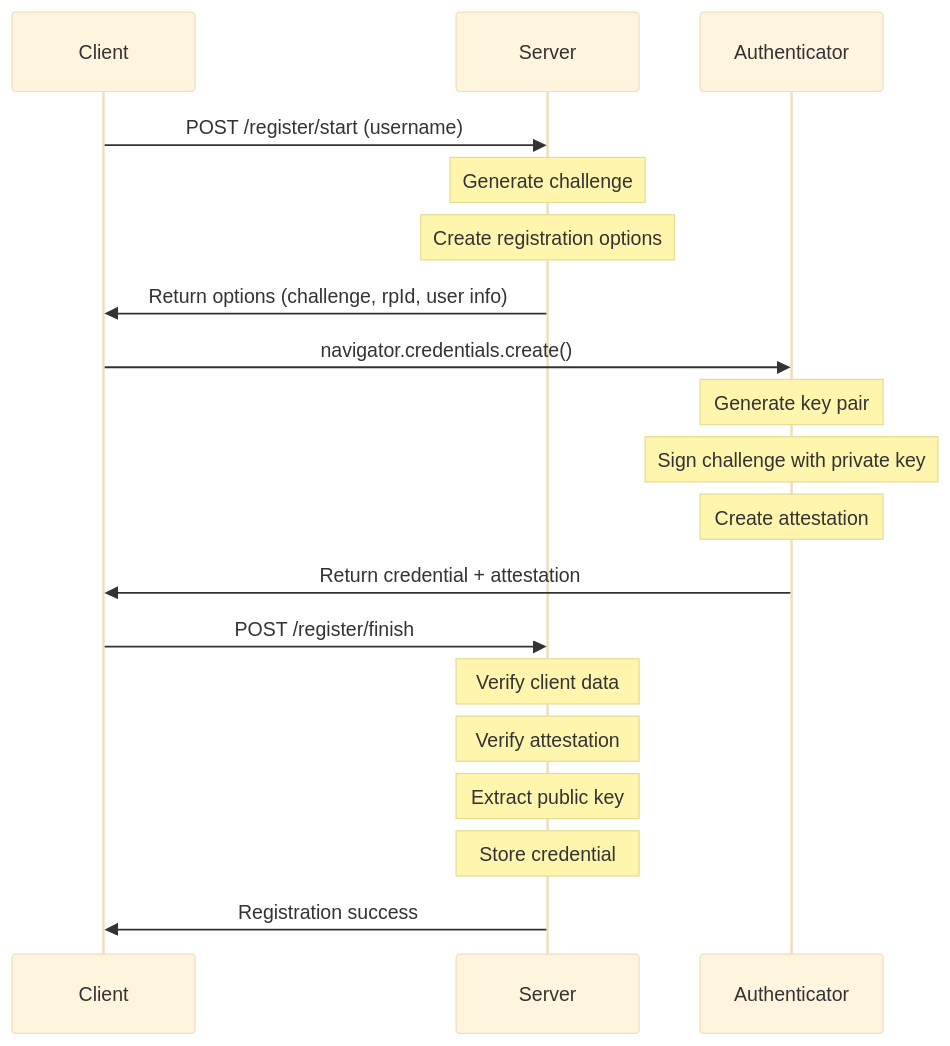
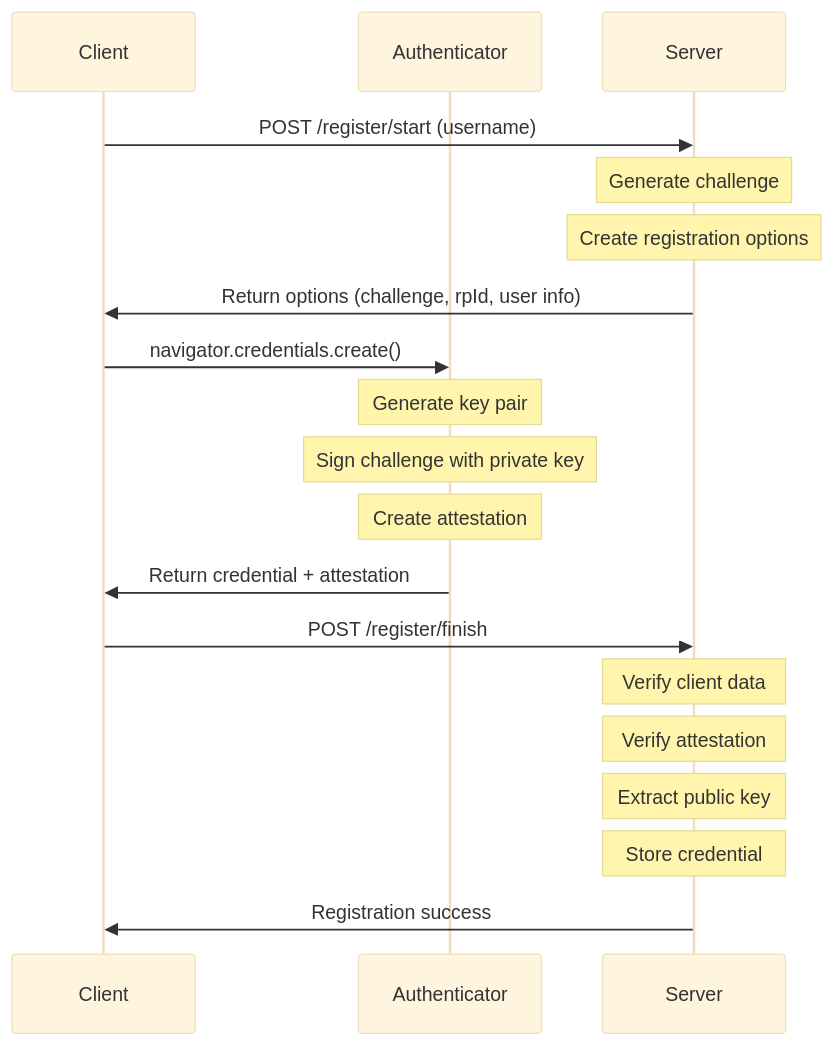
One commit to ktaka-ccmp/ktaka.blog.ccmp.jp changed the first of 2 diagrams in 2025/AxumPasskey/Readme.en.md. Above: the diagram before and after it, drawn with Mermaid (base theme). The commit also changed other lines of this file, not shown here.

````diff
--- a/2025/AxumPasskey/Readme.en.md
+++ b/2025/AxumPasskey/Readme.en.md
@@ -25,24 +26,24 @@
 ```mermaid
 sequenceDiagram
     participant C as Client
+    participant A as Authenticator
     participant S as Server
-    participant A as Authenticator
 
     C->>S: POST /register/start (username)
     Note over S: Generate challenge
     Note over S: Create registration options
     S->>C: Return options (challenge, rpId, user info)
     
     C->>A: navigator.credentials.create()
     Note over A: Generate key pair
     Note over A: Sign challenge with private key
     Note over A: Create attestation
     A->>C: Return credential + attestation
     
     C->>S: POST /register/finish
     Note over S: Verify client data
     Note over S: Verify attestation
     Note over S: Extract public key
     Note over S: Store credential
     S->>C: Registration success
 ```
````
